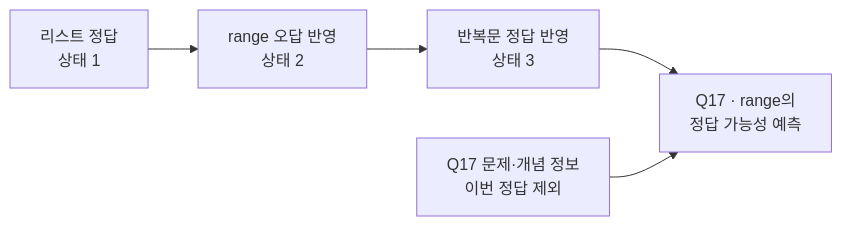
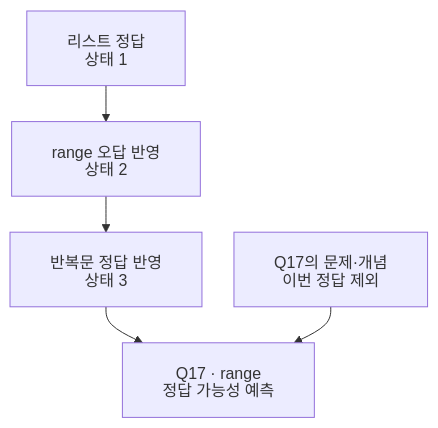
The second of 4 diagrams in docs/LEARNING_MISSIONS.md (WaterMinCho/programming-study), drawn with Mermaid before and after one commit. The commit also changed other lines of this file and 15 other files, not shown here.

````diff
--- a/docs/LEARNING_MISSIONS.md
+++ b/docs/LEARNING_MISSIONS.md
@@ -86,7 +95,16 @@
 ```mermaid
-flowchart LR
+---
+config:
+  htmlLabels: false
+  flowchart:
+    padding: 20
+    wrappingWidth: 240
+    nodeSpacing: 32
+    rankSpacing: 36
+---
+flowchart TD
     A["리스트 정답<br/>상태 1"] --> B["range 오답 반영<br/>상태 2"]
     B --> C["반복문 정답 반영<br/>상태 3"]
-    C --> D["Q17 · range의<br/>정답 가능성 예측"]
-    Q["Q17 문제·개념 정보<br/>이번 정답 제외"] --> D
+    C --> D["Q17 · range<br/>정답 가능성 예측"]
+    Q["Q17의 문제·개념<br/>이번 정답 제외"] --> D
 ```
````
